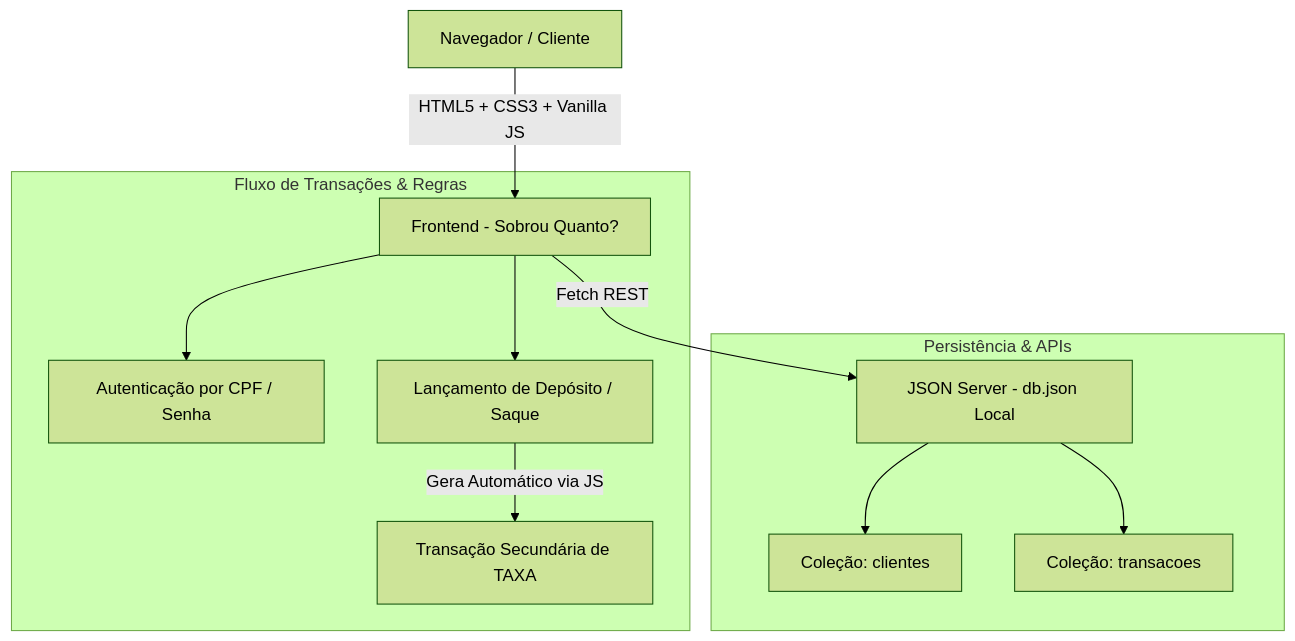
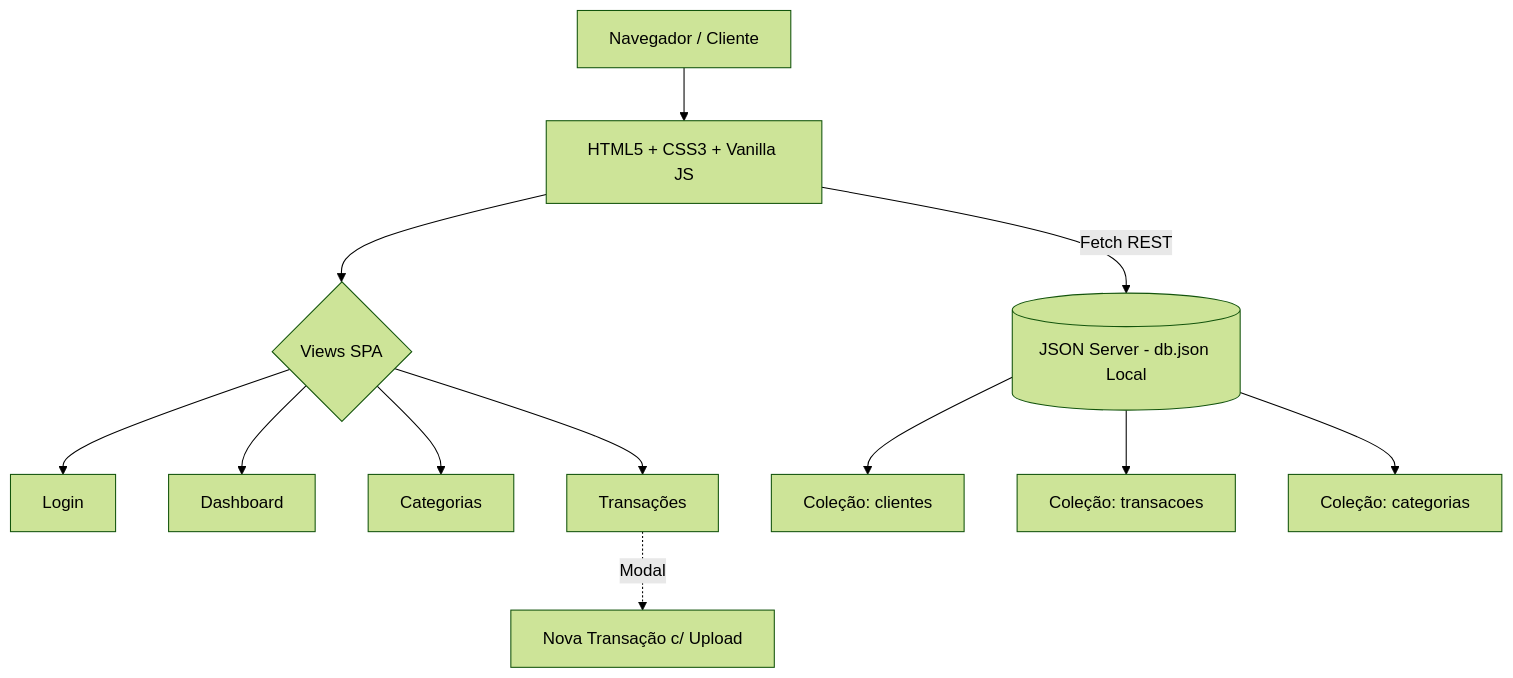
Before and after one commit to flpiensen/sobrou-quanto: the first of 2 diagrams in docs/architecture.md, drawn with Mermaid (forest theme). The commit also changed other lines of this file, not shown here.

First line of the commit message:
Enhance architecture documentation with SPA and categories

````diff
--- a/docs/architecture.md
+++ b/docs/architecture.md
@@ -11,14 +15,15 @@
 ```mermaid
 graph TD
-    A[Navegador / Cliente] -->|HTML5 + CSS3 + Vanilla JS| B[Frontend - Sobrou Quanto?]
-    subgraph Fluxo de Transações & Regras
-        B --> C[Autenticação por CPF / Senha]
-        B --> D[Lançamento de Depósito / Saque]
-        D -->|Gera Automático via JS| E[Transação Secundária de TAXA]
-    end
-    subgraph Persistência & APIs
-        B -->|Fetch REST| F[JSON Server - db.json Local]
-        F --> G[Coleção: clientes]
-        F --> H[Coleção: transacoes]
-    end
+    A[Navegador / Cliente] --> B[HTML5 + CSS3 + Vanilla JS]
+    B --> C{Views SPA}
+    C --> D[Login]
+    C --> E[Dashboard]
+    C --> F[Categorias]
+    C --> G[Transações]
+    G -.->|Modal| H[Nova Transação c/ Upload]
+    
+    B -->|Fetch REST| I[(JSON Server - db.json Local)]
+    I --> J[Coleção: clientes]
+    I --> K[Coleção: transacoes]
+    I --> L[Coleção: categorias]
 ```
````
